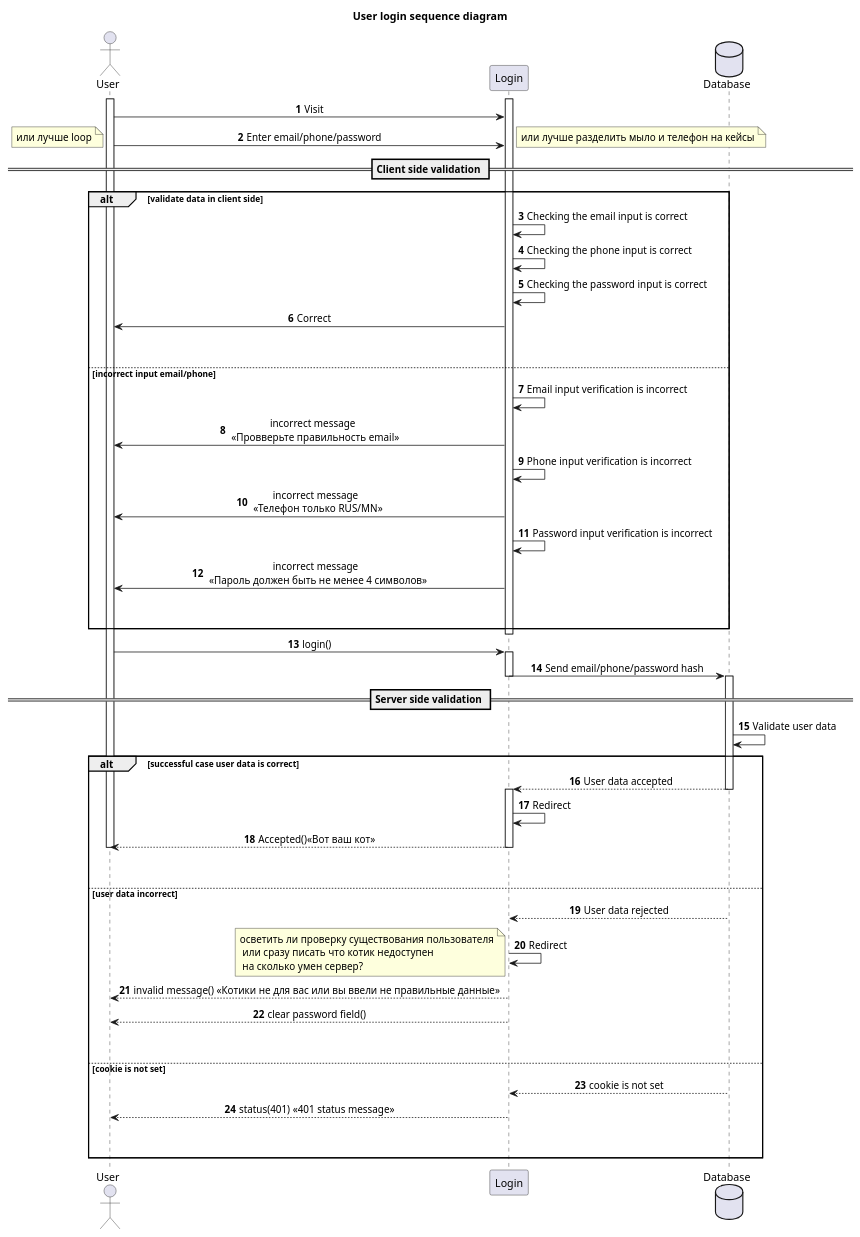
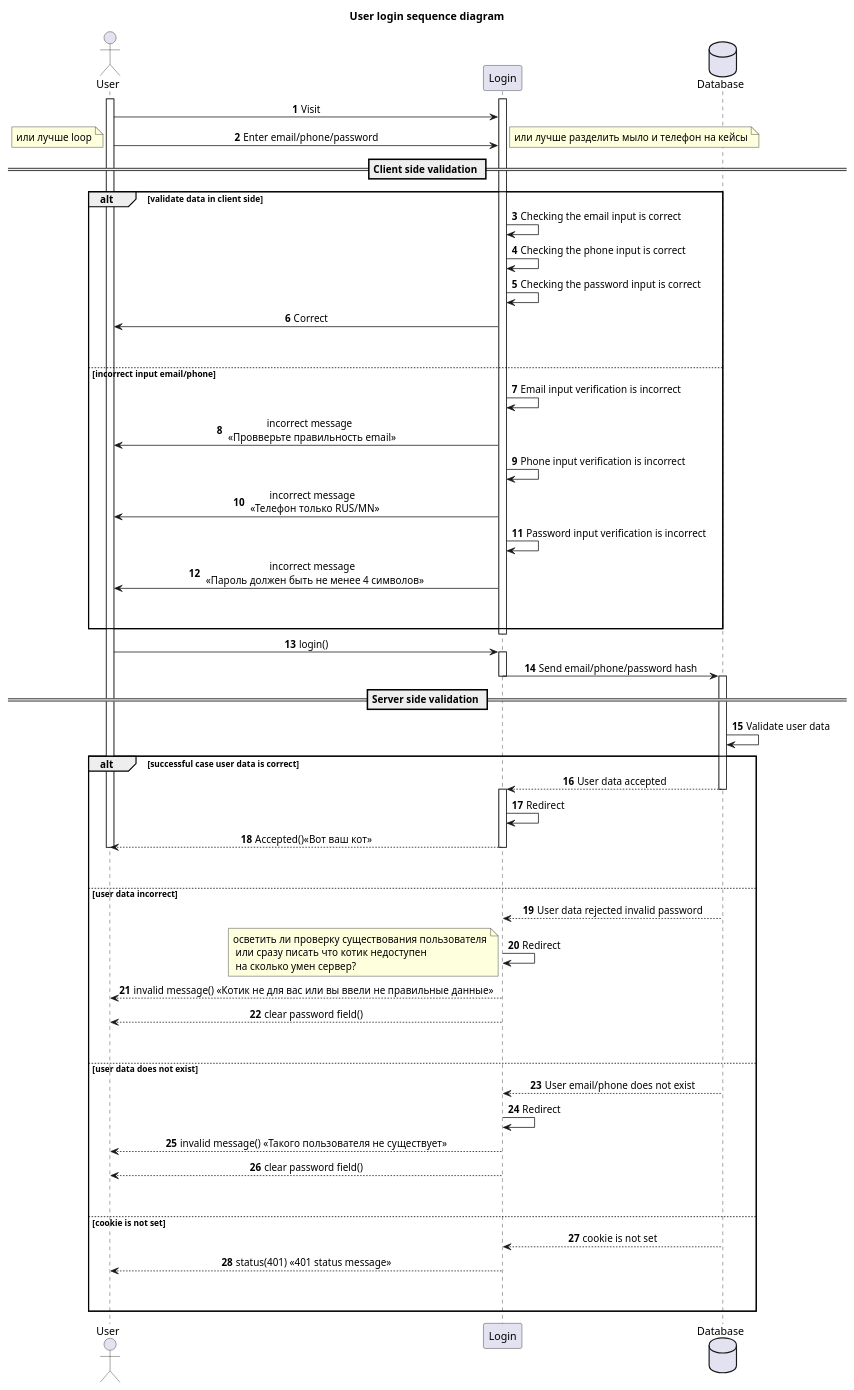
One commit to godoxyfair/igumenova_rmr_hw_server changed the diagram in Sucsessful_unsucsessful UML.puml. Above: the diagram before and after it, drawn with PlantUML.

Commit message:
(un)successful case in progress (need hints)

```diff
--- a/Sucsessful_unsucsessful UML.puml
+++ b/Sucsessful_unsucsessful UML.puml
@@ -1,68 +1,74 @@
 @startuml
 'https://plantuml.com/sequence-diagram
 
 autonumber
 title User login sequence diagram
 actor User
 participant Login
 database  Database
 activate User
 activate Login
 
 skinparam sequenceMessageAlign center
 
 User -> Login: Visit
 User -> Login : Enter email/phone/password
 == Client side validation ==
 note left: или лучше loop
 note right: или лучше разделить мыло и телефон на кейсы
 alt validate data in client side
     Login -> Login: Checking the email input is correct
     Login -> Login: Checking the phone input is correct
     Login -> Login: Checking the password input is correct
     Login -> User: Correct
 ||45||
 else incorrect input email/phone
     Login -> Login: Email input verification is incorrect
     Login -> User: incorrect message \n <<Провверьте правильность email>>
     Login -> Login: Phone input verification is incorrect
     Login -> User: incorrect message \n <<Телефон только RUS/MN>>
     Login -> Login: Password input verification is incorrect
     Login -> User: incorrect message \n <<Пароль должен быть не менее 4 символов>>
 ||45||
 end
 
 deactivate Login
 User -> Login : login()
 
 activate Login
 Login -> Database: Send email/phone/password hash
 == Server side validation ==
 deactivate Login
 
 activate Database
 Database -> Database: Validate user data
 
 alt successful case user data is correct
     Database --> Login : User data accepted
     deactivate Database
     activate Login
     Login -> Login : Redirect
     Login --> User: Accepted()<<Вот ваш кот>>
     deactivate Login
     deactivate User
 ||45||
 else user data incorrect
-    Database --> Login: User data rejected
+    Database --> Login: User data rejected invalid password
     Login -> Login: Redirect
     note left: осветить ли проверку существования пользователя\n или сразу писать что котик недоступен\n на сколько умен сервер?
-    Login --> User: invalid message() <<Котики не для вас или вы ввели не правильные данные>>
+    Login --> User: invalid message() <<Котик не для вас или вы ввели не правильные данные>>
+    Login --> User: clear password field()
+||45||
+else user data does not exist
+    Database --> Login: User email/phone does not exist
+    Login -> Login: Redirect
+    Login --> User: invalid message() <<Такого пользователя не существует>>
     Login --> User: clear password field()
 ||45||
 else cookie is not set
     Database --> Login: cookie is not set
     Login --> User: status(401) <<401 status message>>
 ||45||
 end
 
 @enduml
```
